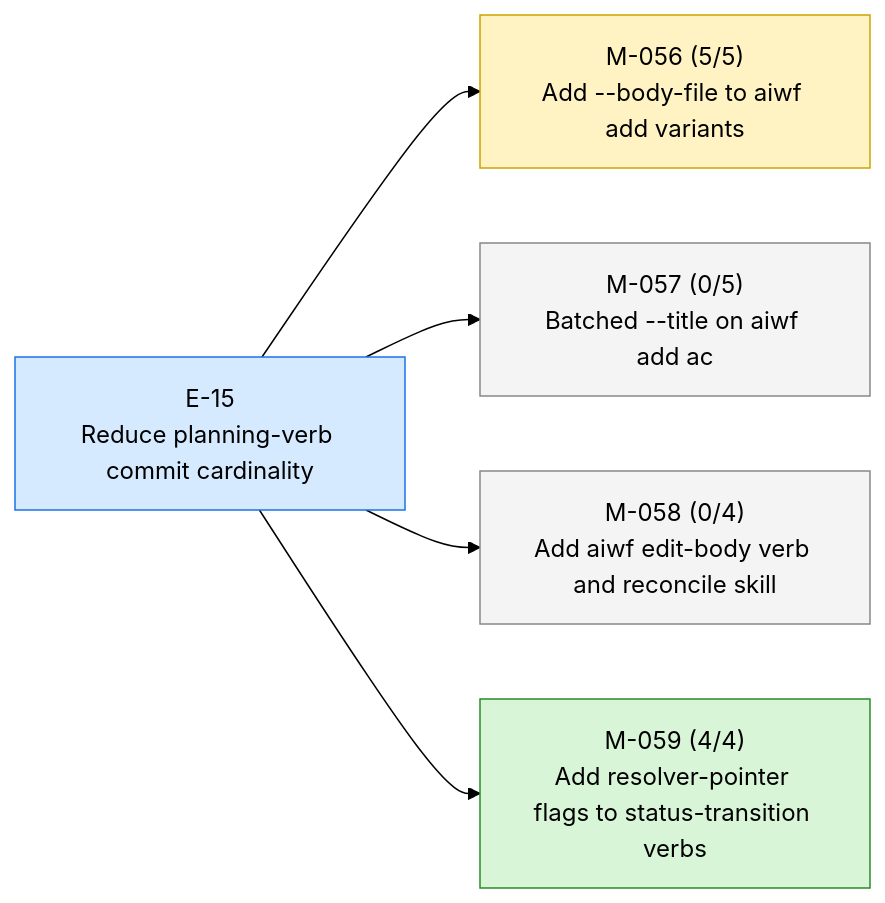
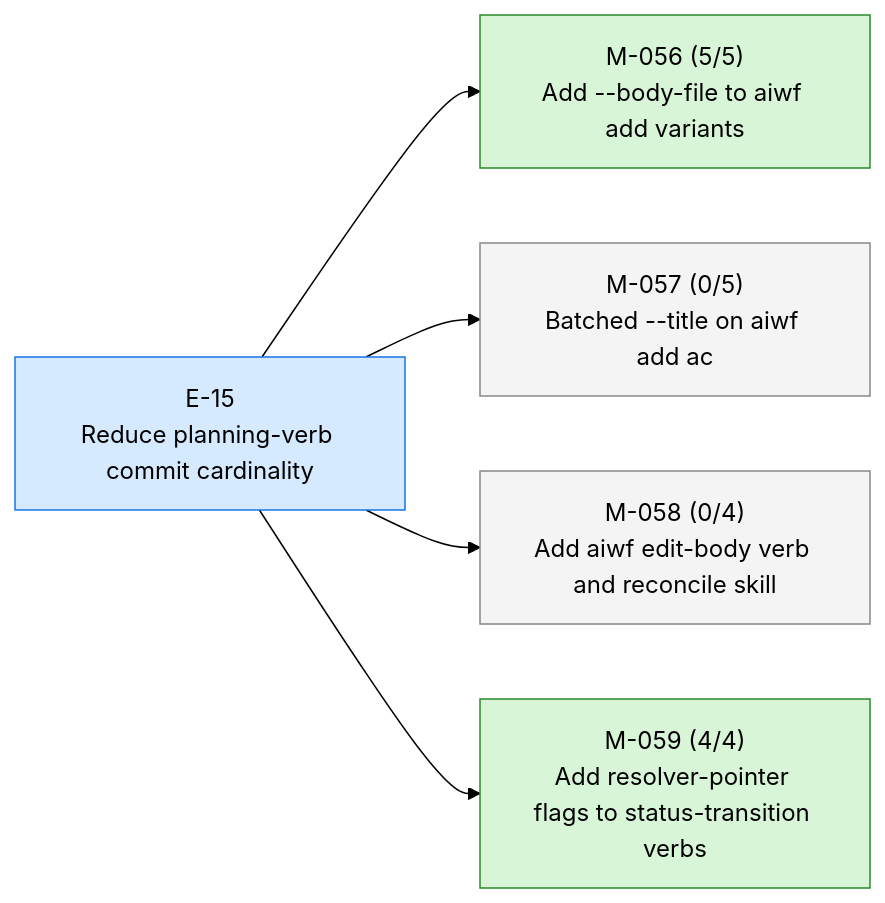
Before and after one commit to 23min/aiwf: the first of 3 diagrams in STATUS.md, drawn with Mermaid (forest theme). The commit also changed other lines of this file and 1 other file, not shown here.

First line of the commit message:
aiwf promote M-056 in_progress -> done

````diff
--- a/STATUS.md
+++ b/STATUS.md
@@ -14,18 +14,18 @@
 ```mermaid
 flowchart LR
   E_15["E-15<br/>Reduce planning-verb commit cardinality"]:::epic_active
-  M_056["M-056 (5/5)<br/>Add --body-file to aiwf add variants"]:::ms_in_progress
+  M_056["M-056 (5/5)<br/>Add --body-file to aiwf add variants"]:::ms_done
   E_15 --> M_056
   M_057["M-057 (0/5)<br/>Batched --title on aiwf add ac"]:::ms_draft
   E_15 --> M_057
   M_058["M-058 (0/4)<br/>Add aiwf edit-body verb and reconcile skill"]:::ms_draft
   E_15 --> M_058
   M_059["M-059 (4/4)<br/>Add resolver-pointer flags to status-transition verbs"]:::ms_done
   E_15 --> M_059
   classDef epic_active fill:#d6eaff,stroke:#1a73e8,color:#000
   classDef epic_proposed fill:#f4f4f4,stroke:#888,color:#000
   classDef ms_done fill:#d8f5d8,stroke:#2a8a2a,color:#000
   classDef ms_in_progress fill:#fff3c4,stroke:#caa400,color:#000
   classDef ms_draft fill:#f4f4f4,stroke:#888,color:#000
   classDef ms_cancelled fill:#fbeaea,stroke:#c33,color:#000
 ```
````
